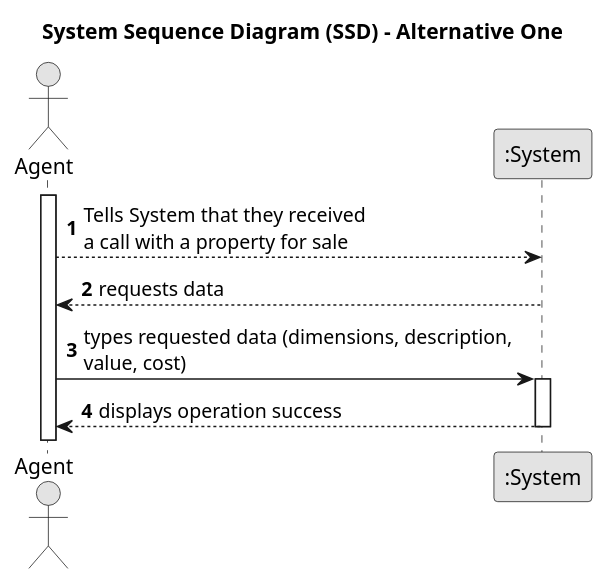
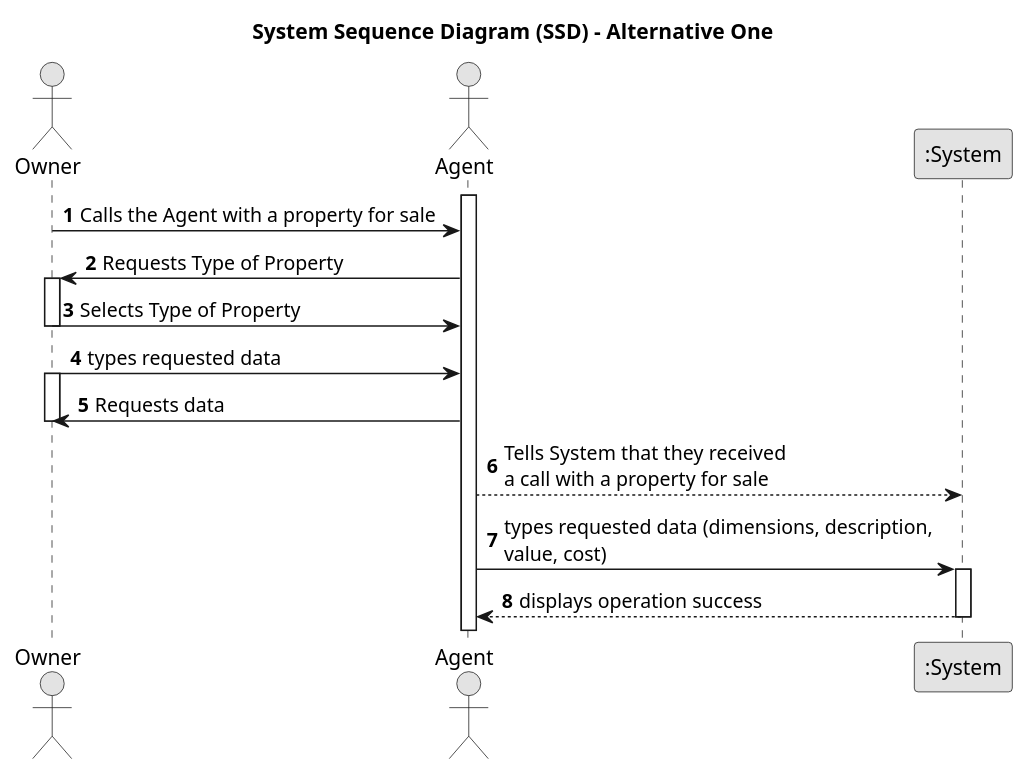
Before and after one commit to Goncalves2525/real-estate-management-system: the diagram in docs/sprintA/us002/01.requirements-engineering/puml/us002-system-sequence-diagram-alternative-one.puml, drawn with PlantUML. The commit also changed 6 other files, not shown here.

```diff
--- a/docs/sprintA/us002/01.requirements-engineering/puml/us002-system-sequence-diagram-alternative-one.puml
+++ b/docs/sprintA/us002/01.requirements-engineering/puml/us002-system-sequence-diagram-alternative-one.puml
@@ -1,30 +1,42 @@
 @startuml
 skinparam monochrome true
 skinparam packageStyle rectangle
 skinparam shadowing false
 
 title System Sequence Diagram (SSD) - Alternative One
 
 autonumber
 
-'actor "Owner" as Owner
+actor "Owner" as Owner
 actor "Agent" as Agent
 participant ":System" as System
 
 activate Agent
 
-'    Owner -> Agent : Calls the Agent with a property for sale
-'    activate System
+    Owner -> Agent : Calls the Agent with a property for sale
+    'activate Agent
+
+    Agent -> Owner : Requests Type of Property
+    activate Owner
+
+    Owner -> Agent : Selects Type of Property
+    deactivate Owner
+
+    Owner -> Agent : types requested data
+    activate Owner
+
+    Agent -> Owner : Requests data
+    deactivate Owner
 
     Agent --> System : Tells System that they received \na call with a property for sale
 
-    System --> Agent : requests data
-    deactivate System
+'    System --> Agent : requests data
+'    deactivate System
 
     Agent -> System : types requested data (dimensions, description, \nvalue, cost)
     activate System
 
     System --> Agent : displays operation success
     deactivate System
 
 @enduml
```
